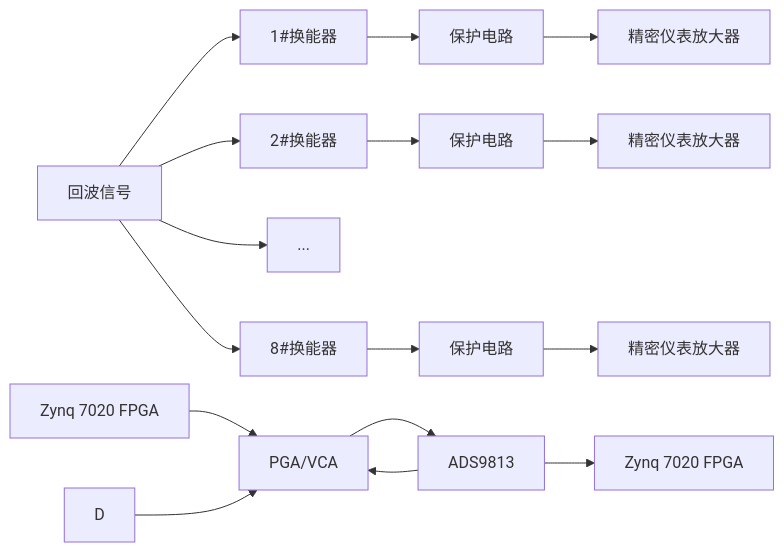
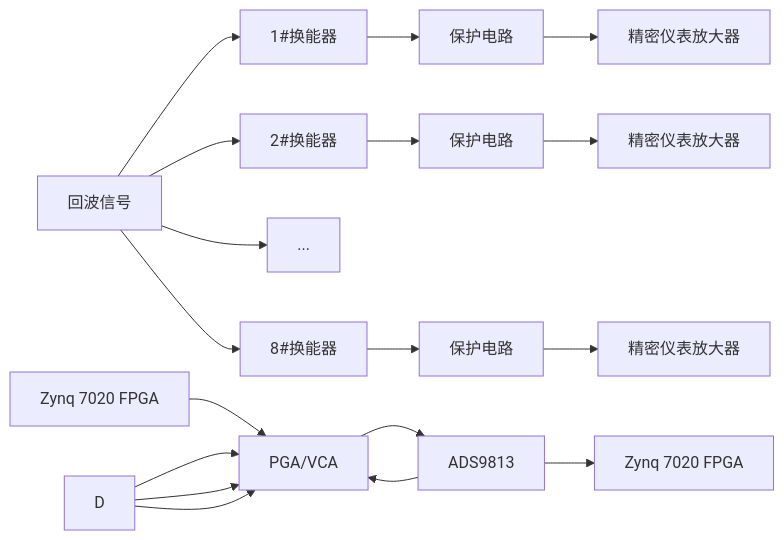
Before and after one commit to Rukawa15/iodraw-files: the diagram in all/多通道同步采集-1.md, drawn with Mermaid.

Commit message:
2025-06-19 14:10:41 update

````diff
--- a/all/多通道同步采集-1.md
+++ b/all/多通道同步采集-1.md
@@ -1,20 +1,22 @@
 ```mermaid
 graph LR
 A[回波信号]
 A --> B1[1#换能器]
 A --> B2[2#换能器]
 A --> ...
 A --> B8[8#换能器]
 B1 --> C1[保护电路]
 B2 --> C2[保护电路]
 B8 --> C8[保护电路]
 H[Zynq 7020 FPGA] --> E
 C1 --> D1[精密仪表放大器]
 C2 --> D2[精密仪表放大器] 
 C8 --> D8[精密仪表放大器] 
+D --> E[PGA/VCA]
+D --> E[PGA/VCA] 
 D --> E[PGA/VCA] 
 E --> F[ADS9813] 
 F --> G[Zynq 7020 FPGA]
 F --> E
 
 ```
````
